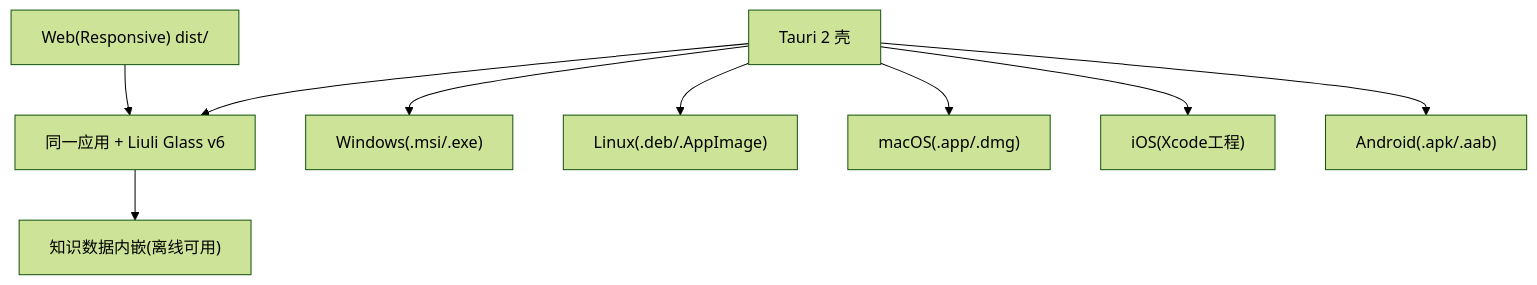
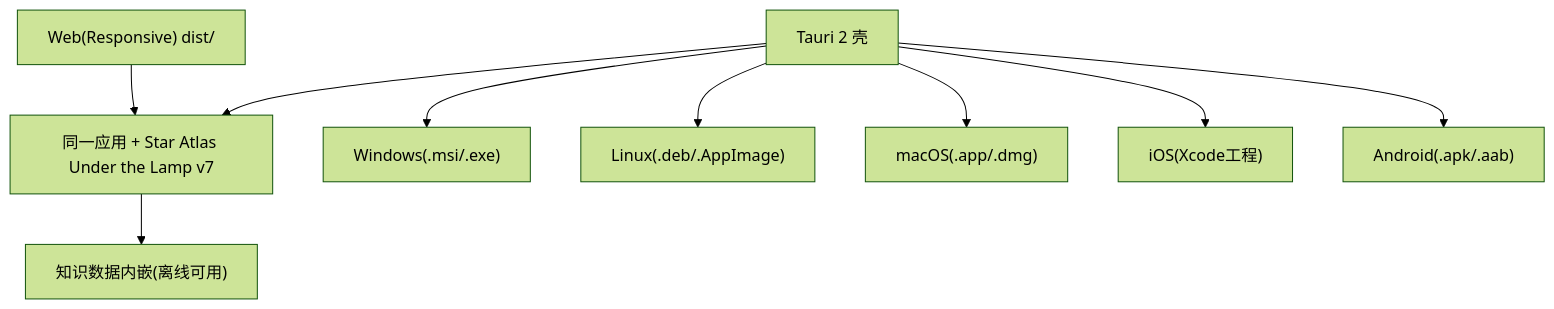
The diagram in hs_dev_docs/_02_feature_spec/_04_prototype_wireframe/feat011_distribution_prototype.md (zhaoxuan-inside/AiIsAllYouNeed), drawn with Mermaid (forest theme) before and after one commit. The commit also changed 13 other files, not shown here.

First line of the commit message:
docs(stage0): v7 全新视觉「星图册·台灯下」— 设计哲学重开（回应Q12/Q13）

````diff
--- a/hs_dev_docs/_02_feature_spec/_04_prototype_wireframe/feat011_distribution_prototype.md
+++ b/hs_dev_docs/_02_feature_spec/_04_prototype_wireframe/feat011_distribution_prototype.md
@@ -8,11 +8,11 @@
 ```mermaid
 flowchart TB
-  Web["Web(Responsive) dist/"] --> Core["同一应用 + Liuli Glass v6"]
+  Web["Web(Responsive) dist/"] --> Core["同一应用 + Star Atlas Under the Lamp v7"]
   Shell["Tauri 2 壳"] --> Core
   Shell --> W["Windows(.msi/.exe)"]
   Shell --> L["Linux(.deb/.AppImage)"]
   Shell --> M["macOS(.app/.dmg)"]
   Shell --> IOS["iOS(Xcode工程)"]
   Shell --> AND["Android(.apk/.aab)"]
   Core --> Data["知识数据内嵌(离线可用)"]
 ```
````
